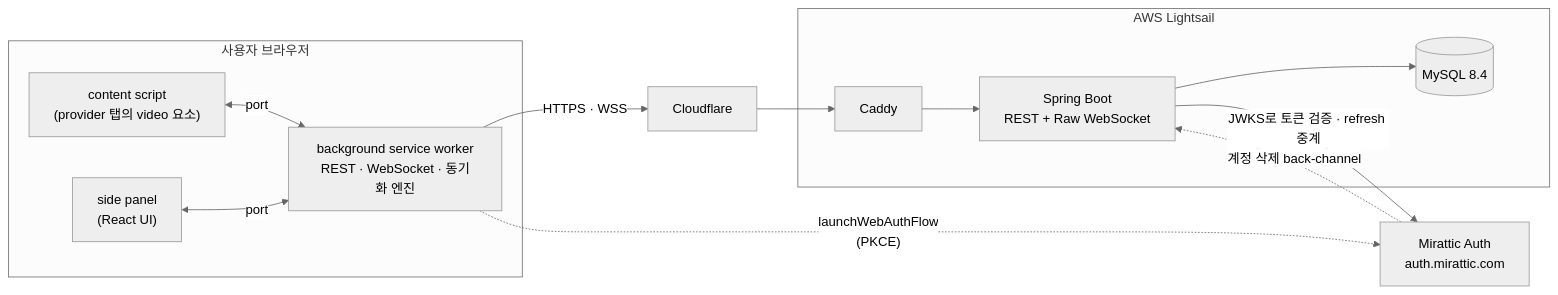
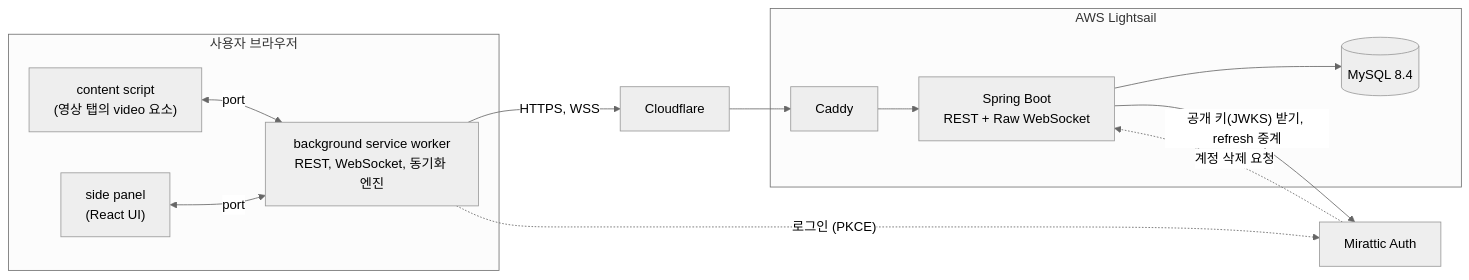
One commit to G1Se0k/mirattic-sync changed the diagram in README.md. Above: the diagram before and after it, drawn with Mermaid (neutral theme). The commit also changed other lines of this file, not shown here.

````diff
--- a/README.md
+++ b/README.md
@@ -42,25 +38,25 @@
 ```mermaid
 flowchart LR
     subgraph browser["사용자 브라우저"]
-        CS["content script<br/>(provider 탭의 video 요소)"]
-        BG["background service worker<br/>REST · WebSocket · 동기화 엔진"]
+        CS["content script<br/>(영상 탭의 video 요소)"]
+        BG["background service worker<br/>REST, WebSocket, 동기화 엔진"]
         SP["side panel<br/>(React UI)"]
         CS <-->|port| BG
         SP <-->|port| BG
     end
 
     subgraph cloud["AWS Lightsail"]
         CA["Caddy"]
         API["Spring Boot<br/>REST + Raw WebSocket"]
         DB[("MySQL 8.4")]
         CA --> API --> DB
     end
 
-    AU["Mirattic Auth<br/>auth.mirattic.com"]
+    AU["Mirattic Auth"]
     CF["Cloudflare"]
 
-    BG -->|"HTTPS · WSS"| CF --> CA
-    BG -.->|"launchWebAuthFlow<br/>(PKCE)"| AU
-    API -->|"JWKS로 토큰 검증 · refresh 중계"| AU
-    AU -.->|"계정 삭제 back-channel"| API
+    BG -->|"HTTPS, WSS"| CF --> CA
+    BG -.->|"로그인 (PKCE)"| AU
+    API -->|"공개 키(JWKS) 받기, refresh 중계"| AU
+    AU -.->|"계정 삭제 요청"| API
 ```
````
